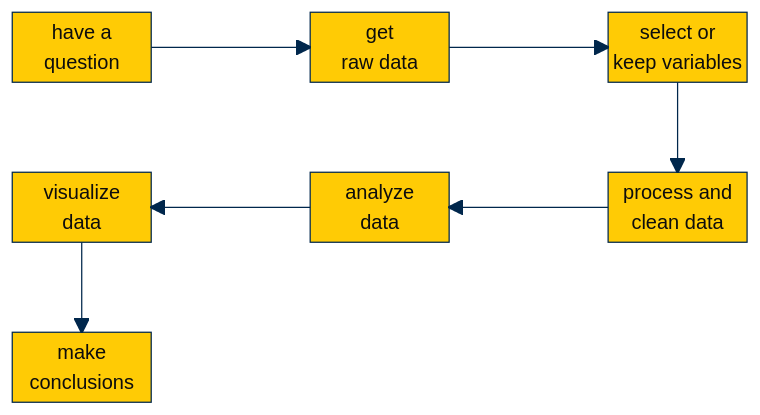
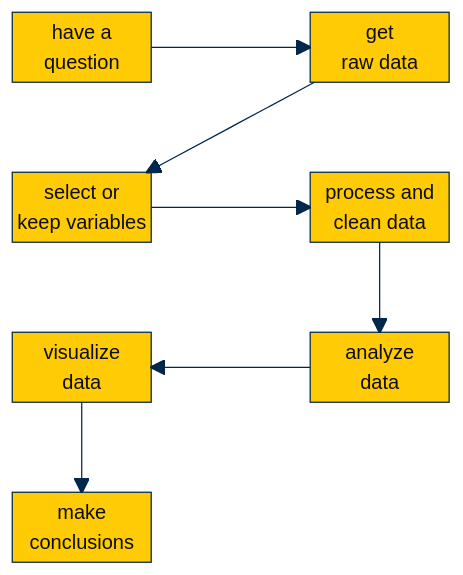
Before and after one commit to agrogan1/Stata: the diagram in do-files/README.md, drawn with Mermaid.

````diff
--- a/do-files/README.md
+++ b/do-files/README.md
@@ -3,32 +3,34 @@
 ```mermaid
 %%{
   init: {
     'theme': 'base',
     'look': 'handDrawn',
     'themeVariables': {
       'primaryColor': '#FFCB05',
       'primaryTextColor': '#000000',
       'primaryBorderColor': '#00274C',
       'lineColor': '#00274C',
       'secondaryColor': '#00274C',
       'secondaryTextColor': '#000000',
       'tertiaryColor': '#F2F2F2',
       'tertiaryBorderColor': '#00274C'
     }
   }
 }%%
 block-beta
-   columns 5
-   A["have a <br>question"] space B["get <br> raw data"] space C["select or <br>keep variables"]
-   space space space space space
-   F["visualize <br>data"] space E["analyze <br>data"] space D["process and <br>clean data"]
-   space space space space space
-   G["make <br>conclusions"] space space space space
+   columns 3
+   A["have a <br>question"] space B["get <br> raw data"]
+   space space space 
+   C["select or <br>keep variables"] space D["process and <br>clean data"]
+   space space space 
+   F["visualize <br>data"] space E["analyze <br>data"]  
+   space space space 
+   G["make <br>conclusions"] space space 
 
    A --> B
    B --> C
    C --> D
    D --> E
    E --> F
    F --> G
 ```
````
